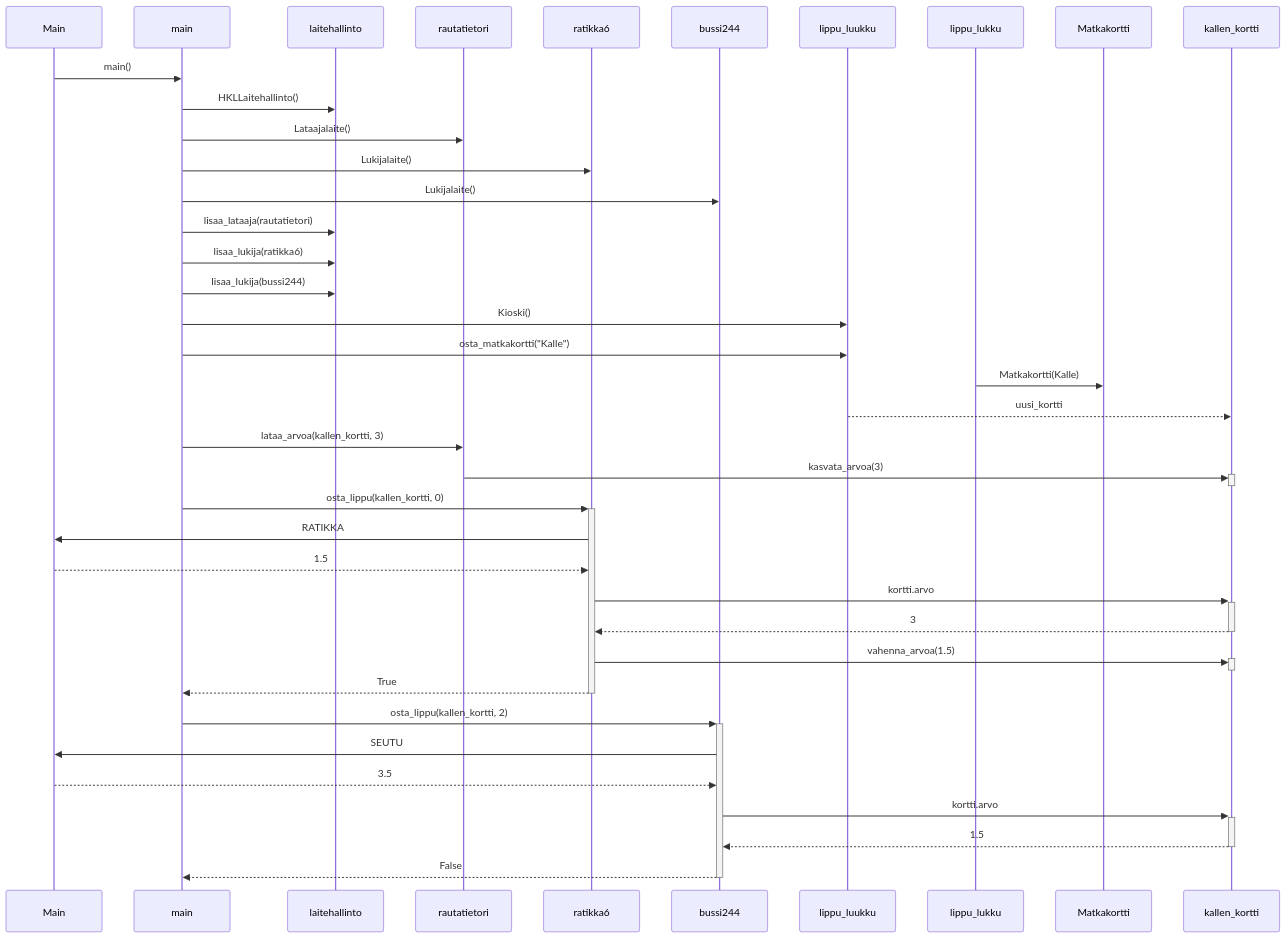
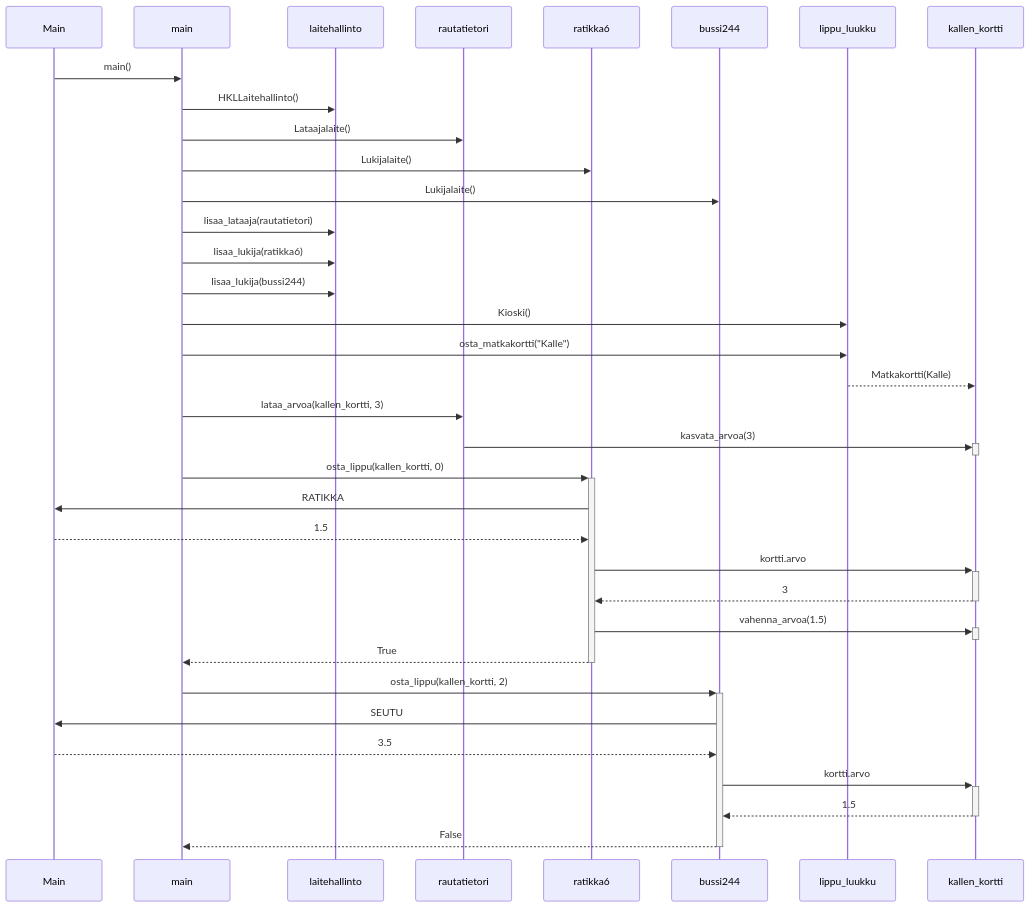
Before and after one commit to lenbie/Expense-Tracker-Project: the diagram in laskarit/viikko3/task4.md, drawn with Mermaid.

````diff
--- a/laskarit/viikko3/task4.md
+++ b/laskarit/viikko3/task4.md
@@ -1,34 +1,34 @@
 ```mermaid
   sequenceDiagram
   Main->>main: main()
   main->>laitehallinto: HKLLaitehallinto()
   main->>rautatietori: Lataajalaite()
   main->>ratikka6: Lukijalaite()
   main->>bussi244: Lukijalaite()
   main->>laitehallinto: lisaa_lataaja(rautatietori)
   main->>laitehallinto: lisaa_lukija(ratikka6)
   main->>laitehallinto: lisaa_lukija(bussi244)
   main->>lippu_luukku: Kioski()
   main->>lippu_luukku: osta_matkakortti("Kalle")
-  lippu_lukku->>Matkakortti: Matkakortti(Kalle)
-  lippu_luukku-->>kallen_kortti: uusi_kortti
+  
+  lippu_luukku-->>kallen_kortti: Matkakortti(Kalle)
   main->>rautatietori: lataa_arvoa(kallen_kortti, 3)
   rautatietori->>+kallen_kortti: kasvata_arvoa(3)
   deactivate kallen_kortti
   main->>+ratikka6: osta_lippu(kallen_kortti, 0)
   ratikka6->>Main: RATIKKA
   Main-->>ratikka6: 1.5
   ratikka6->>+kallen_kortti: kortti.arvo
   kallen_kortti-->>-ratikka6: 3
   ratikka6->>+kallen_kortti: vahenna_arvoa(1.5)
   deactivate kallen_kortti
   ratikka6-->>-main: True
   main->>+bussi244: osta_lippu(kallen_kortti, 2)
   bussi244->>Main: SEUTU
   Main-->>bussi244: 3.5
   bussi244->>+kallen_kortti: kortti.arvo
   kallen_kortti-->>-bussi244: 1.5
   bussi244-->>-main: False
   
   
 ```
````
